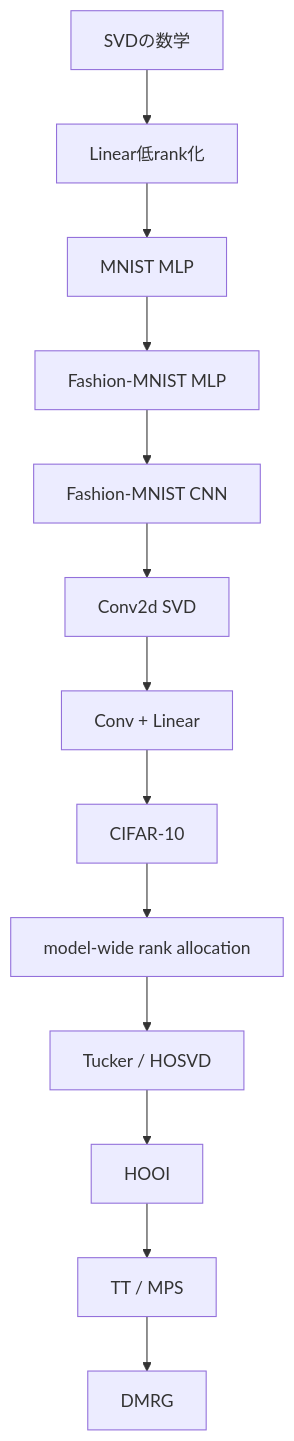
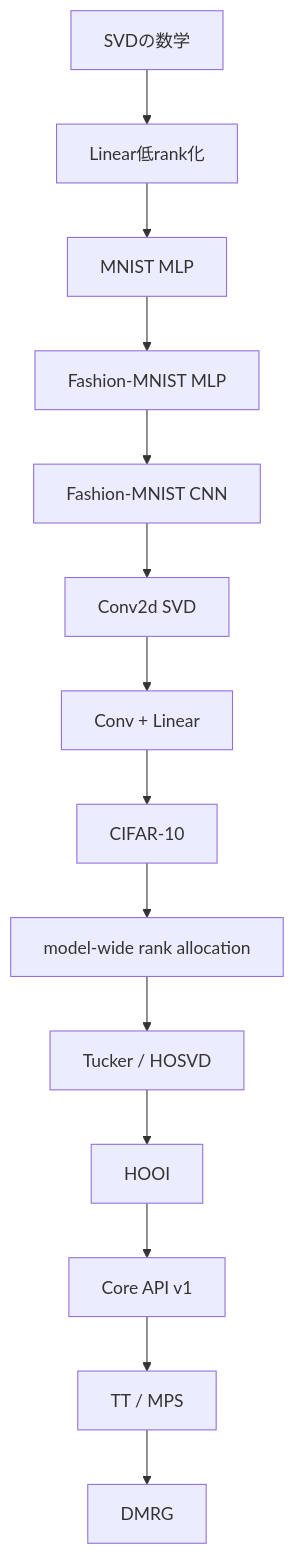
Before and after one commit to astrare2480/nn-compression-svd-dmrg: the diagram in docs/README.md, drawn with Mermaid. The commit also changed other lines of this file, not shown here.

````diff
--- a/docs/README.md
+++ b/docs/README.md
@@ -138,15 +139,16 @@
 ```mermaid
 flowchart TD
     A["SVDの数学"] --> B["Linear低rank化"]
     B --> C["MNIST MLP"]
     C --> D["Fashion-MNIST MLP"]
     D --> E["Fashion-MNIST CNN"]
     E --> F["Conv2d SVD"]
     F --> G["Conv + Linear"]
     G --> H["CIFAR-10"]
     H --> I["model-wide rank allocation"]
     I --> J["Tucker / HOSVD"]
     J --> J2["HOOI"]
-    J2 --> K["TT / MPS"]
-    K --> L["DMRG"]
+    J2 --> K["Core API v1"]
+    K --> L["TT / MPS"]
+    L --> M["DMRG"]
 ```
````
